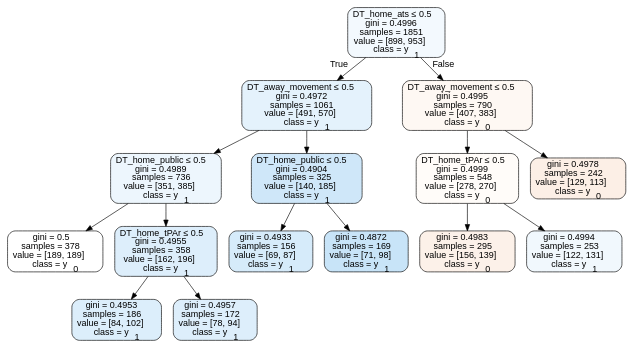
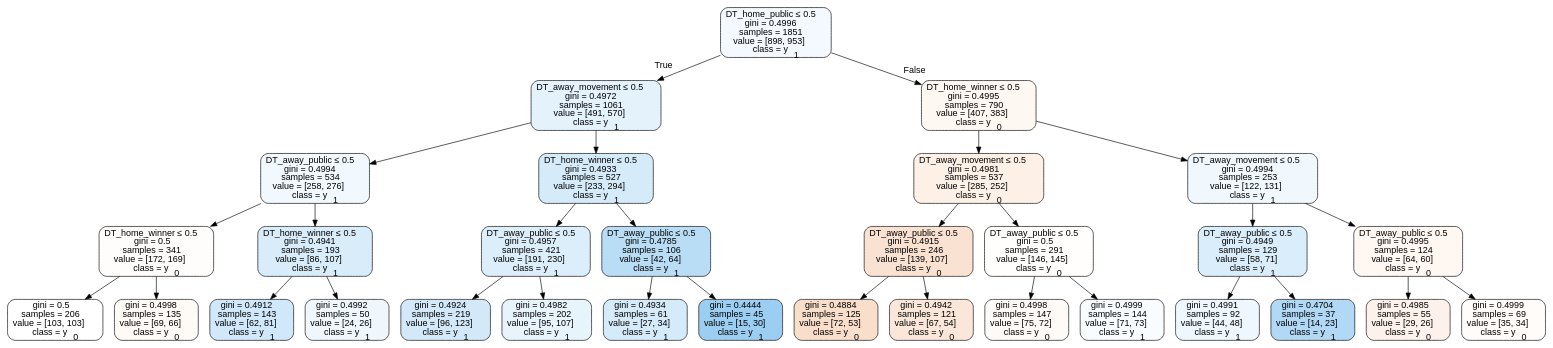
Before and after one commit to usbogie/ncaa-bets: the diagram in tree_data/tree2012neutral.dot, drawn with Graphviz. The commit also changed 26 other files, not shown here.

```diff
--- a/tree_data/tree2012neutral.dot
+++ b/tree_data/tree2012neutral.dot
@@ -1,33 +1,65 @@
 digraph Tree {
 node [shape=box, style="filled, rounded", color="black", fontname=helvetica] ;
 edge [fontname=helvetica] ;
-0 [label=<DT_home_ats &le; 0.5<br/>gini = 0.4996<br/>samples = 1851<br/>value = [898, 953]<br/>class = y<SUB>1</SUB>>, fillcolor="#399de50f"] ;
+0 [label=<DT_home_public &le; 0.5<br/>gini = 0.4996<br/>samples = 1851<br/>value = [898, 953]<br/>class = y<SUB>1</SUB>>, fillcolor="#399de50f"] ;
 1 [label=<DT_away_movement &le; 0.5<br/>gini = 0.4972<br/>samples = 1061<br/>value = [491, 570]<br/>class = y<SUB>1</SUB>>, fillcolor="#399de523"] ;
 0 -> 1 [labeldistance=2.5, labelangle=45, headlabel="True"] ;
-2 [label=<DT_home_public &le; 0.5<br/>gini = 0.4989<br/>samples = 736<br/>value = [351, 385]<br/>class = y<SUB>1</SUB>>, fillcolor="#399de517"] ;
+2 [label=<DT_away_public &le; 0.5<br/>gini = 0.4994<br/>samples = 534<br/>value = [258, 276]<br/>class = y<SUB>1</SUB>>, fillcolor="#399de511"] ;
 1 -> 2 ;
-3 [label=<gini = 0.5<br/>samples = 378<br/>value = [189, 189]<br/>class = y<SUB>0</SUB>>, fillcolor="#e5813900"] ;
+3 [label=<DT_home_winner &le; 0.5<br/>gini = 0.5<br/>samples = 341<br/>value = [172, 169]<br/>class = y<SUB>0</SUB>>, fillcolor="#e5813904"] ;
 2 -> 3 ;
-4 [label=<DT_home_tPAr &le; 0.5<br/>gini = 0.4955<br/>samples = 358<br/>value = [162, 196]<br/>class = y<SUB>1</SUB>>, fillcolor="#399de52c"] ;
-2 -> 4 ;
-5 [label=<gini = 0.4953<br/>samples = 186<br/>value = [84, 102]<br/>class = y<SUB>1</SUB>>, fillcolor="#399de52d"] ;
-4 -> 5 ;
-6 [label=<gini = 0.4957<br/>samples = 172<br/>value = [78, 94]<br/>class = y<SUB>1</SUB>>, fillcolor="#399de52b"] ;
-4 -> 6 ;
-7 [label=<DT_home_public &le; 0.5<br/>gini = 0.4904<br/>samples = 325<br/>value = [140, 185]<br/>class = y<SUB>1</SUB>>, fillcolor="#399de53e"] ;
-1 -> 7 ;
-8 [label=<gini = 0.4933<br/>samples = 156<br/>value = [69, 87]<br/>class = y<SUB>1</SUB>>, fillcolor="#399de535"] ;
-7 -> 8 ;
-9 [label=<gini = 0.4872<br/>samples = 169<br/>value = [71, 98]<br/>class = y<SUB>1</SUB>>, fillcolor="#399de546"] ;
-7 -> 9 ;
-10 [label=<DT_away_movement &le; 0.5<br/>gini = 0.4995<br/>samples = 790<br/>value = [407, 383]<br/>class = y<SUB>0</SUB>>, fillcolor="#e581390f"] ;
-0 -> 10 [labeldistance=2.5, labelangle=-45, headlabel="False"] ;
-11 [label=<DT_home_tPAr &le; 0.5<br/>gini = 0.4999<br/>samples = 548<br/>value = [278, 270]<br/>class = y<SUB>0</SUB>>, fillcolor="#e5813907"] ;
+4 [label=<gini = 0.5<br/>samples = 206<br/>value = [103, 103]<br/>class = y<SUB>0</SUB>>, fillcolor="#e5813900"] ;
+3 -> 4 ;
+5 [label=<gini = 0.4998<br/>samples = 135<br/>value = [69, 66]<br/>class = y<SUB>0</SUB>>, fillcolor="#e581390b"] ;
+3 -> 5 ;
+6 [label=<DT_home_winner &le; 0.5<br/>gini = 0.4941<br/>samples = 193<br/>value = [86, 107]<br/>class = y<SUB>1</SUB>>, fillcolor="#399de532"] ;
+2 -> 6 ;
+7 [label=<gini = 0.4912<br/>samples = 143<br/>value = [62, 81]<br/>class = y<SUB>1</SUB>>, fillcolor="#399de53c"] ;
+6 -> 7 ;
+8 [label=<gini = 0.4992<br/>samples = 50<br/>value = [24, 26]<br/>class = y<SUB>1</SUB>>, fillcolor="#399de514"] ;
+6 -> 8 ;
+9 [label=<DT_home_winner &le; 0.5<br/>gini = 0.4933<br/>samples = 527<br/>value = [233, 294]<br/>class = y<SUB>1</SUB>>, fillcolor="#399de535"] ;
+1 -> 9 ;
+10 [label=<DT_away_public &le; 0.5<br/>gini = 0.4957<br/>samples = 421<br/>value = [191, 230]<br/>class = y<SUB>1</SUB>>, fillcolor="#399de52b"] ;
+9 -> 10 ;
+11 [label=<gini = 0.4924<br/>samples = 219<br/>value = [96, 123]<br/>class = y<SUB>1</SUB>>, fillcolor="#399de538"] ;
 10 -> 11 ;
-12 [label=<gini = 0.4983<br/>samples = 295<br/>value = [156, 139]<br/>class = y<SUB>0</SUB>>, fillcolor="#e581391c"] ;
-11 -> 12 ;
-13 [label=<gini = 0.4994<br/>samples = 253<br/>value = [122, 131]<br/>class = y<SUB>1</SUB>>, fillcolor="#399de512"] ;
-11 -> 13 ;
-14 [label=<gini = 0.4978<br/>samples = 242<br/>value = [129, 113]<br/>class = y<SUB>0</SUB>>, fillcolor="#e5813920"] ;
-10 -> 14 ;
+12 [label=<gini = 0.4982<br/>samples = 202<br/>value = [95, 107]<br/>class = y<SUB>1</SUB>>, fillcolor="#399de51d"] ;
+10 -> 12 ;
+13 [label=<DT_away_public &le; 0.5<br/>gini = 0.4785<br/>samples = 106<br/>value = [42, 64]<br/>class = y<SUB>1</SUB>>, fillcolor="#399de558"] ;
+9 -> 13 ;
+14 [label=<gini = 0.4934<br/>samples = 61<br/>value = [27, 34]<br/>class = y<SUB>1</SUB>>, fillcolor="#399de534"] ;
+13 -> 14 ;
+15 [label=<gini = 0.4444<br/>samples = 45<br/>value = [15, 30]<br/>class = y<SUB>1</SUB>>, fillcolor="#399de57f"] ;
+13 -> 15 ;
+16 [label=<DT_home_winner &le; 0.5<br/>gini = 0.4995<br/>samples = 790<br/>value = [407, 383]<br/>class = y<SUB>0</SUB>>, fillcolor="#e581390f"] ;
+0 -> 16 [labeldistance=2.5, labelangle=-45, headlabel="False"] ;
+17 [label=<DT_away_movement &le; 0.5<br/>gini = 0.4981<br/>samples = 537<br/>value = [285, 252]<br/>class = y<SUB>0</SUB>>, fillcolor="#e581391e"] ;
+16 -> 17 ;
+18 [label=<DT_away_public &le; 0.5<br/>gini = 0.4915<br/>samples = 246<br/>value = [139, 107]<br/>class = y<SUB>0</SUB>>, fillcolor="#e581393b"] ;
+17 -> 18 ;
+19 [label=<gini = 0.4884<br/>samples = 125<br/>value = [72, 53]<br/>class = y<SUB>0</SUB>>, fillcolor="#e5813943"] ;
+18 -> 19 ;
+20 [label=<gini = 0.4942<br/>samples = 121<br/>value = [67, 54]<br/>class = y<SUB>0</SUB>>, fillcolor="#e5813931"] ;
+18 -> 20 ;
+21 [label=<DT_away_public &le; 0.5<br/>gini = 0.5<br/>samples = 291<br/>value = [146, 145]<br/>class = y<SUB>0</SUB>>, fillcolor="#e5813902"] ;
+17 -> 21 ;
+22 [label=<gini = 0.4998<br/>samples = 147<br/>value = [75, 72]<br/>class = y<SUB>0</SUB>>, fillcolor="#e581390a"] ;
+21 -> 22 ;
+23 [label=<gini = 0.4999<br/>samples = 144<br/>value = [71, 73]<br/>class = y<SUB>1</SUB>>, fillcolor="#399de507"] ;
+21 -> 23 ;
+24 [label=<DT_away_movement &le; 0.5<br/>gini = 0.4994<br/>samples = 253<br/>value = [122, 131]<br/>class = y<SUB>1</SUB>>, fillcolor="#399de512"] ;
+16 -> 24 ;
+25 [label=<DT_away_public &le; 0.5<br/>gini = 0.4949<br/>samples = 129<br/>value = [58, 71]<br/>class = y<SUB>1</SUB>>, fillcolor="#399de52f"] ;
+24 -> 25 ;
+26 [label=<gini = 0.4991<br/>samples = 92<br/>value = [44, 48]<br/>class = y<SUB>1</SUB>>, fillcolor="#399de515"] ;
+25 -> 26 ;
+27 [label=<gini = 0.4704<br/>samples = 37<br/>value = [14, 23]<br/>class = y<SUB>1</SUB>>, fillcolor="#399de564"] ;
+25 -> 27 ;
+28 [label=<DT_away_public &le; 0.5<br/>gini = 0.4995<br/>samples = 124<br/>value = [64, 60]<br/>class = y<SUB>0</SUB>>, fillcolor="#e5813910"] ;
+24 -> 28 ;
+29 [label=<gini = 0.4985<br/>samples = 55<br/>value = [29, 26]<br/>class = y<SUB>0</SUB>>, fillcolor="#e581391a"] ;
+28 -> 29 ;
+30 [label=<gini = 0.4999<br/>samples = 69<br/>value = [35, 34]<br/>class = y<SUB>0</SUB>>, fillcolor="#e5813907"] ;
+28 -> 30 ;
 }
```
